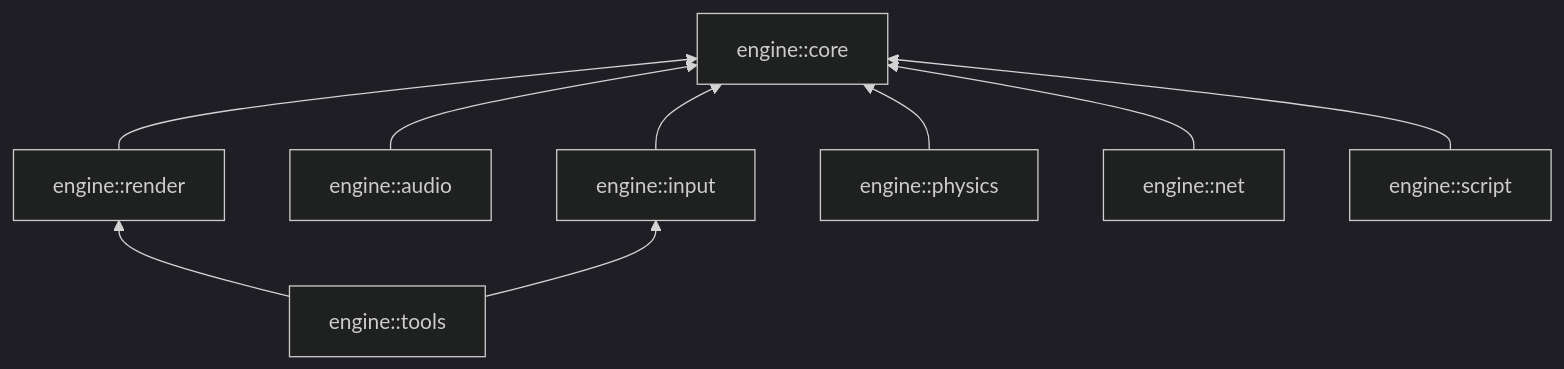
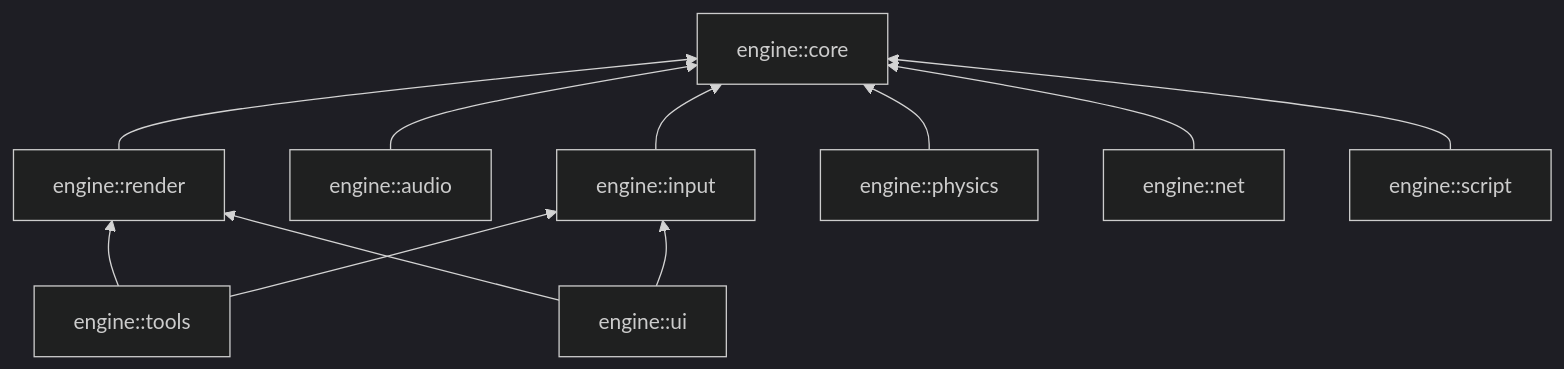
The diagram in docs/engine_modules.md (noambouillet/rtype), drawn with Mermaid (dark theme) before and after one commit. The commit also changed other lines of this file, not shown here.

Commit message:
docs: add engine ui and the scene manager to the module list

````diff
--- a/docs/engine_modules.md
+++ b/docs/engine_modules.md
@@ -37,11 +38,13 @@
 ```mermaid
 graph BT
     render[engine::render] --> core[engine::core]
     audio[engine::audio] --> core
     input[engine::input] --> core
     physics[engine::physics] --> core
     net[engine::net] --> core
     script[engine::script] --> core
     tools[engine::tools] --> render
     tools --> input
+    ui[engine::ui] --> render
+    ui --> input
 ```
````
